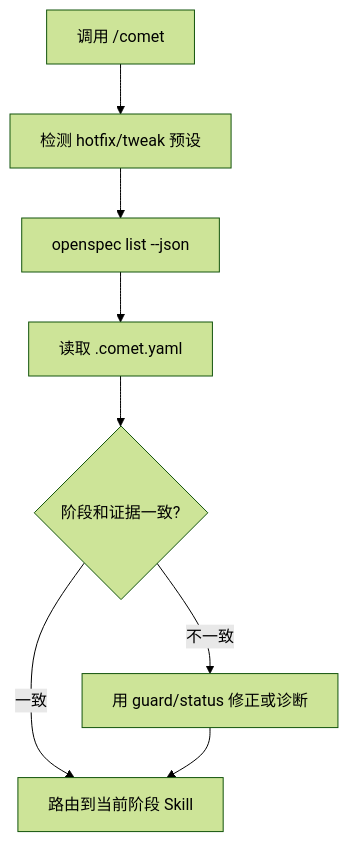
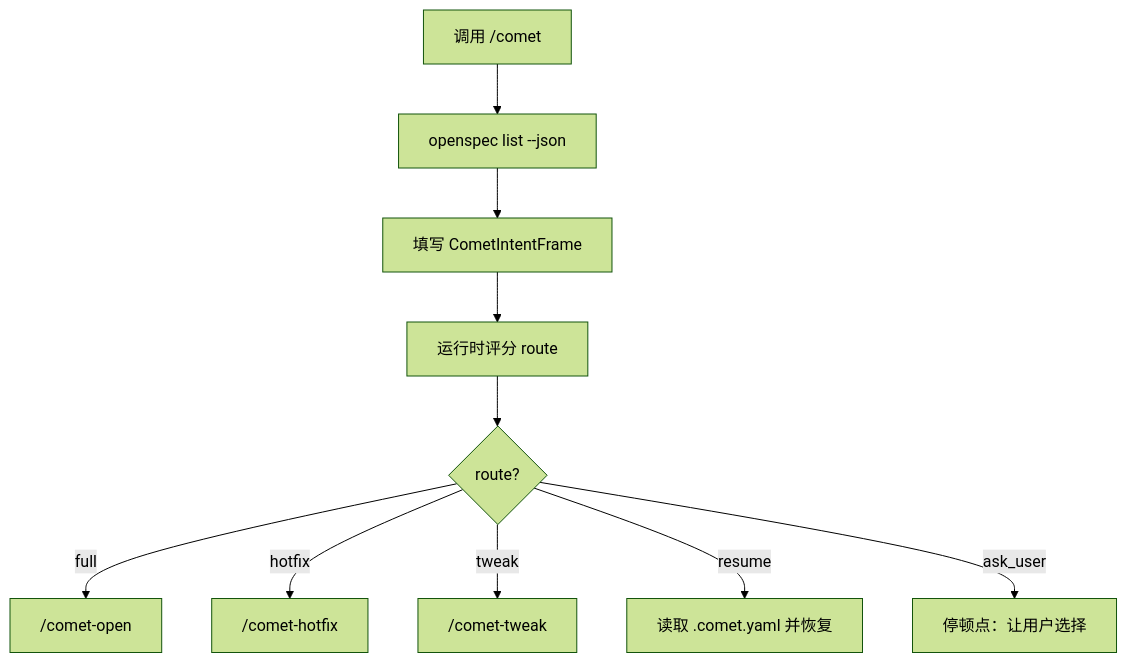
The fifth of 5 diagrams in zh/concepts/workflow.mdx (rpamis/comet-website-docs), drawn with Mermaid (forest theme) before and after one commit. The commit also changed other lines of this file and 23 other files, not shown here.

````diff
--- a/zh/concepts/workflow.mdx
+++ b/zh/concepts/workflow.mdx
@@ -265,10 +276,12 @@
 ```mermaid
 flowchart TD
-  A["调用 /comet"] --> B["检测 hotfix/tweak 预设"]
-  B --> C["openspec list --json"]
-  C --> D["读取 .comet.yaml"]
-  D --> E{"阶段和证据一致?"}
-  E -->|一致| F["路由到当前阶段 Skill"]
-  E -->|不一致| G["用 guard/status 修正或诊断"]
-  G --> F
+  A["调用 /comet"] --> B["openspec list --json"]
+  B --> C["填写 CometIntentFrame"]
+  C --> D["运行时评分 route"]
+  D --> E{"route?"}
+  E -->|full| F["/comet-open"]
+  E -->|hotfix| G["/comet-hotfix"]
+  E -->|tweak| H["/comet-tweak"]
+  E -->|resume| I["读取 .comet.yaml 并恢复"]
+  E -->|ask_user| J["停顿点：让用户选择"]
 ```
````
